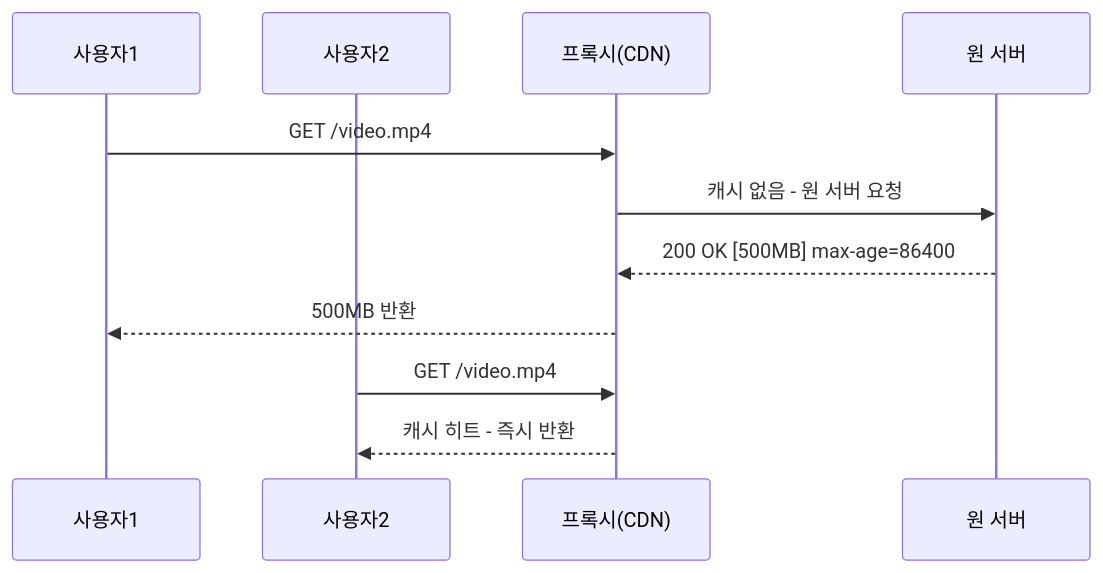
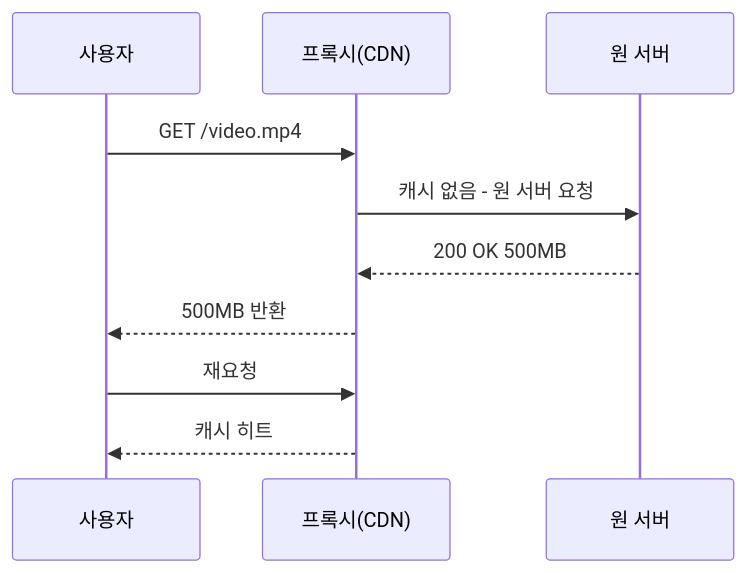
Before and after one commit to yjkim2015/yjkim2015.github.io: the fourth of 6 diagrams in _posts/http/2021-04-25-http-11.md, drawn with Mermaid. The commit also changed 155 other files, not shown here.

First line of the commit message:
Mermaid 전면 수정: subgraph 제거, participant/노드/줄수 축소 (342블록)

````diff
--- a/_posts/http/2021-04-25-http-11.md
+++ b/_posts/http/2021-04-25-http-11.md
@@ -156,13 +156,12 @@
 ```mermaid
 sequenceDiagram
-    participant K1 as 사용자1
-    participant K2 as 사용자2
+    participant K as 사용자
     participant P as 프록시(CDN)
     participant S as 원 서버
-    K1->>P: GET /video.mp4
+    K->>P: GET /video.mp4
     P->>S: 캐시 없음 - 원 서버 요청
-    S-->>P: 200 OK [500MB] max-age=86400
-    P-->>K1: 500MB 반환
-    K2->>P: GET /video.mp4
-    P-->>K2: 캐시 히트 - 즉시 반환
+    S-->>P: 200 OK 500MB
+    P-->>K: 500MB 반환
+    K->>P: 재요청
+    P-->>K: 캐시 히트
 ```
````
